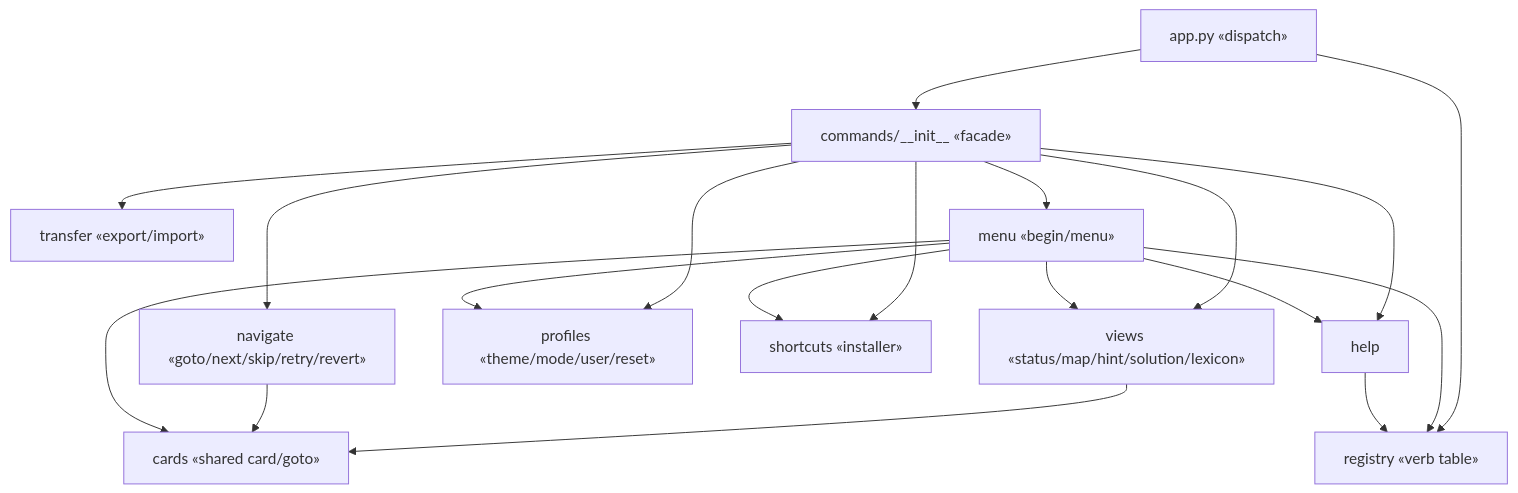
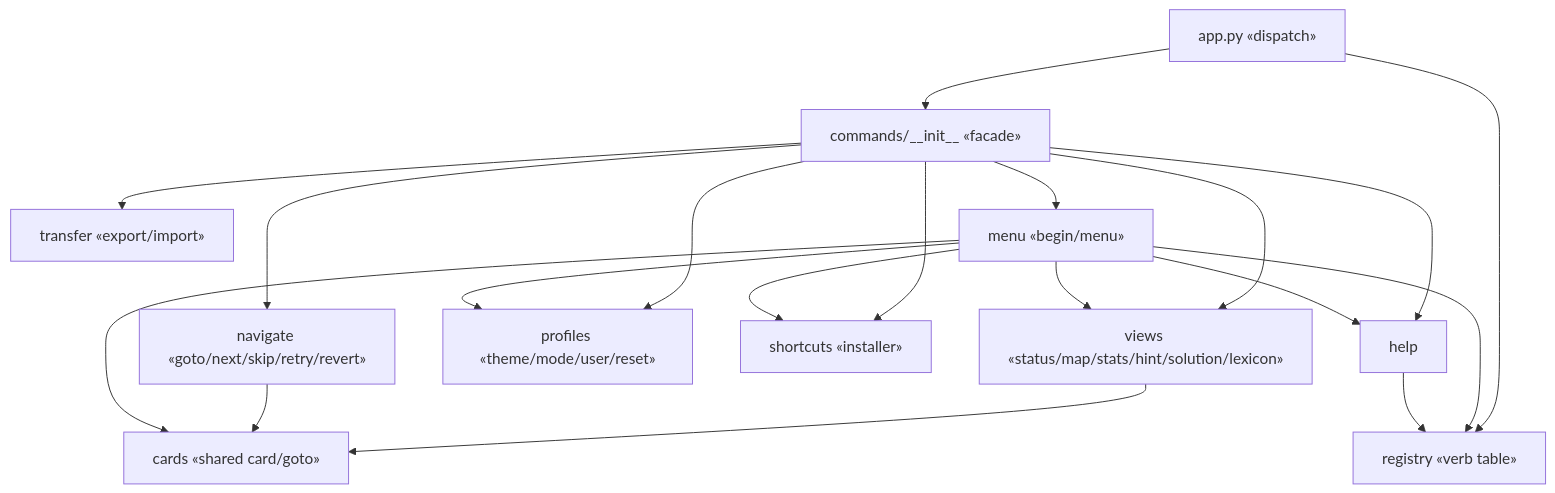
One commit to N041M/PyQuest changed the first of 4 diagrams in docs/architecture/commands.md. Above: the diagram before and after it, drawn with Mermaid. The commit also changed other lines of this file and 13 other files, not shown here.

````diff
--- a/docs/architecture/commands.md
+++ b/docs/architecture/commands.md
@@ -8,21 +8,21 @@
 ```mermaid
 flowchart TB
     app["app.py «dispatch»"] --> registry["registry «verb table»"]
     app --> init["commands/__init__ «facade»"]
-    init --> views["views «status/map/hint/solution/lexicon»"]
+    init --> views["views «status/map/stats/hint/solution/lexicon»"]
     init --> nav["navigate «goto/next/skip/retry/revert»"]
     init --> profiles["profiles «theme/mode/user/reset»"]
     init --> transfer["transfer «export/import»"]
     init --> shortcuts["shortcuts «installer»"]
     init --> menu["menu «begin/menu»"]
     init --> help["help"]
     views --> cards["cards «shared card/goto»"]
     nav --> cards
     menu --> cards
     menu --> profiles
     menu --> shortcuts
     menu --> views
     menu --> help
     menu --> registry
     help --> registry
 ```
````
